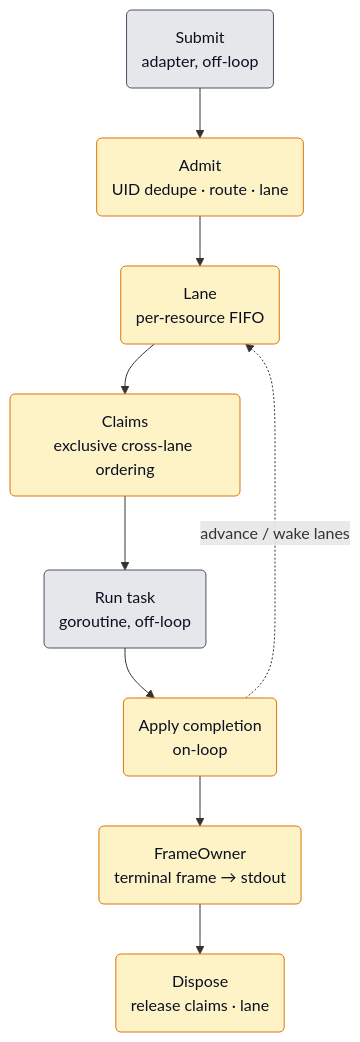
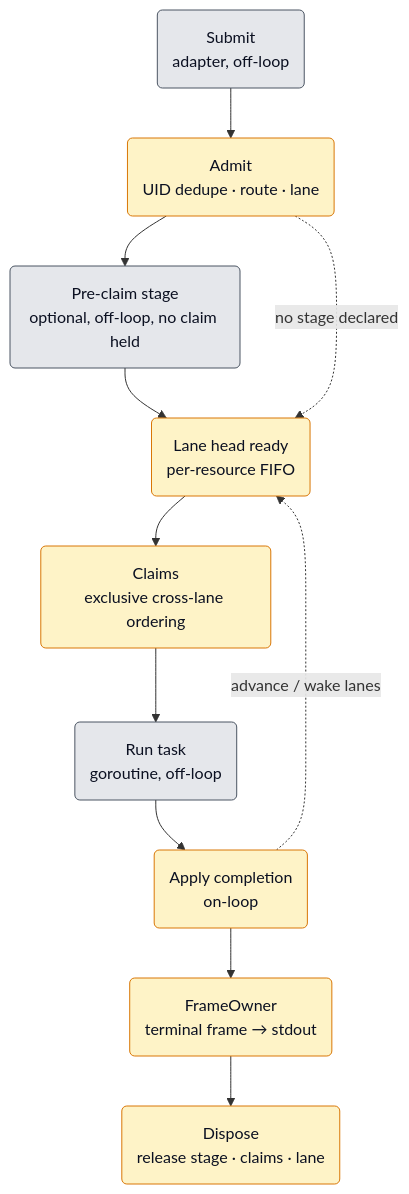
The third of 11 diagrams in src/go/plugin/agent/jobmgr/ARCHITECTURE.md (netdata/netdata), drawn with Mermaid before and after one commit. The commit also changed other lines of this file and 1 other file, not shown here.

````diff
--- a/src/go/plugin/agent/jobmgr/ARCHITECTURE.md
+++ b/src/go/plugin/agent/jobmgr/ARCHITECTURE.md
@@ -147,19 +151,21 @@
 ```mermaid
 flowchart TD
     Submit("Submit<br/>adapter, off-loop")
     Admit("Admit<br/>UID dedupe · route · lane")
-    Lane("Lane<br/>per-resource FIFO")
+    Stage("Pre-claim stage<br/>optional, off-loop, no claim held")
+    Lane("Lane head ready<br/>per-resource FIFO")
     Claim("Claims<br/>exclusive cross-lane ordering")
     Task("Run task<br/>goroutine, off-loop")
     Complete("Apply completion<br/>on-loop")
     Frame("FrameOwner<br/>terminal frame → stdout")
-    Dispose("Dispose<br/>release claims · lane")
+    Dispose("Dispose<br/>release stage · claims · lane")
 
-    Submit --> Admit --> Lane --> Claim --> Task --> Complete --> Frame --> Dispose
+    Submit --> Admit --> Stage --> Lane --> Claim --> Task --> Complete --> Frame --> Dispose
+    Admit -. "no stage declared" .-> Lane
     Complete -. "advance / wake lanes" .-> Lane
 
     classDef offloop fill:#e5e7eb,stroke:#4b5563,color:#0b1021;
     classDef onloop fill:#fef3c7,stroke:#d97706,color:#0b1021;
-    class Submit,Task offloop;
+    class Submit,Stage,Task offloop;
     class Admit,Lane,Claim,Complete,Frame,Dispose onloop;
 ```
````
